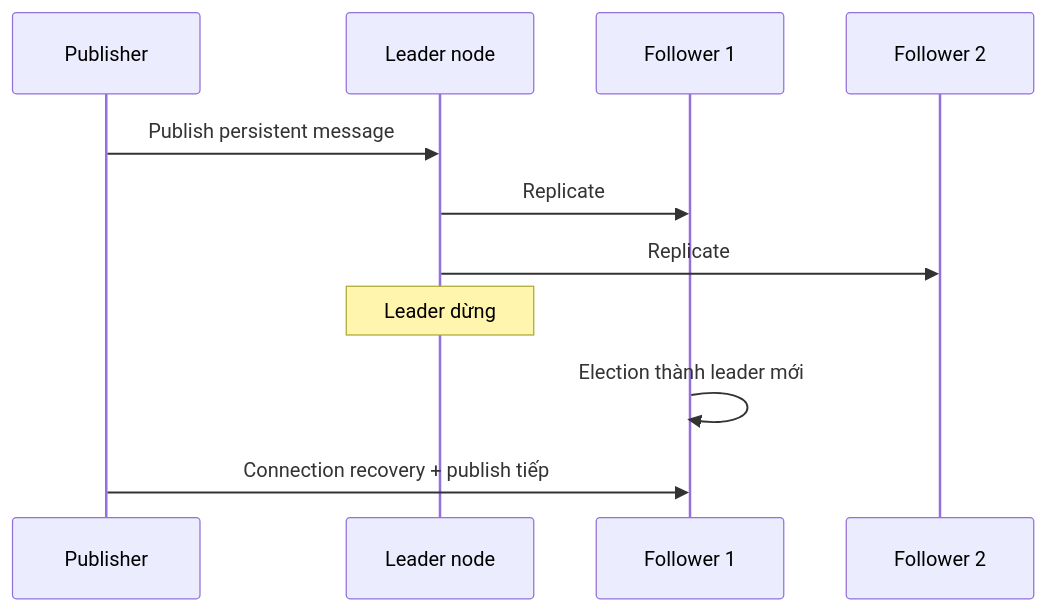
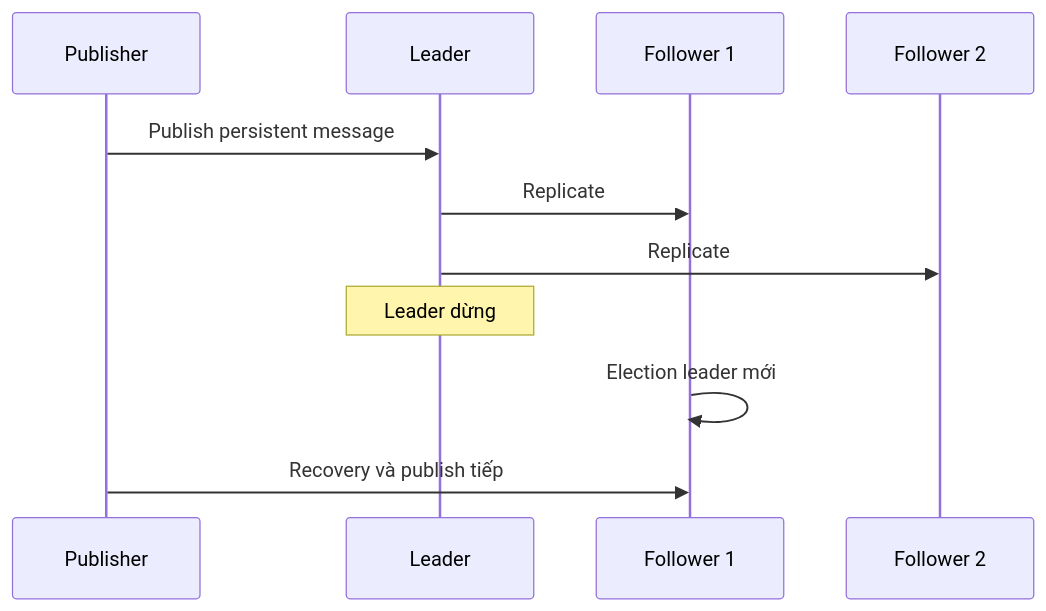
Diagram 11 of 11 in src/assets/docs/dotnet-core/rabbitmq-reliable-messaging.md (trungdev26/angular-internals), drawn with Mermaid before and after one commit. The commit also changed other lines of this file and 1 other file, not shown here.

````diff
--- a/src/assets/docs/dotnet-core/rabbitmq-reliable-messaging.md
+++ b/src/assets/docs/dotnet-core/rabbitmq-reliable-messaging.md
@@ -199,13 +562,13 @@
 ```mermaid
 sequenceDiagram
     participant P as Publisher
-    participant L as Leader node
+    participant L as Leader
     participant F1 as Follower 1
     participant F2 as Follower 2
     P->>L: Publish persistent message
     L->>F1: Replicate
     L->>F2: Replicate
     Note over L: Leader dừng
-    F1->>F1: Election thành leader mới
-    P->>F1: Connection recovery + publish tiếp
+    F1->>F1: Election leader mới
+    P->>F1: Recovery và publish tiếp
 ```
````
